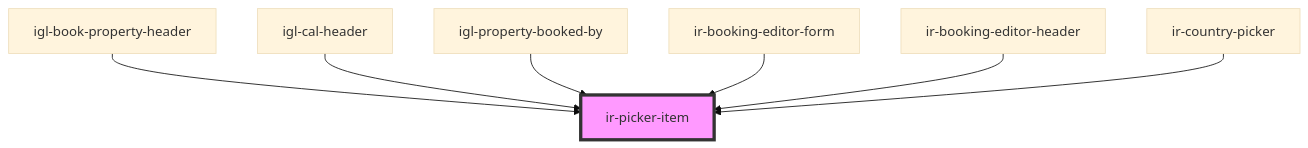
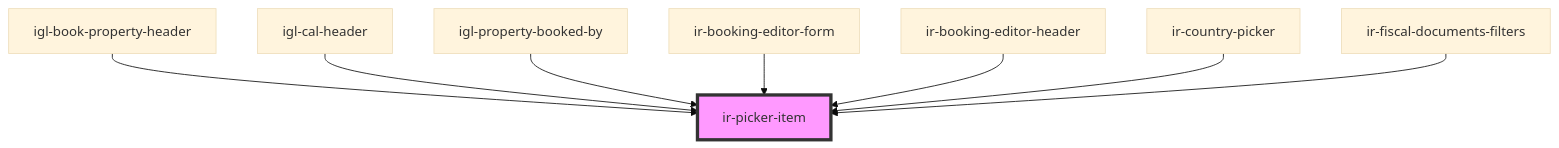
The diagram in src/components/ui/ir-picker/ir-picker-item/readme.md (RonyRizk/ir-webcmp), drawn with Mermaid (base theme) before and after one commit. The commit also changed other lines of this file and 586 other files, not shown here.

````diff
--- a/src/components/ui/ir-picker/ir-picker-item/readme.md
+++ b/src/components/ui/ir-picker/ir-picker-item/readme.md
@@ -39,10 +40,11 @@
 ```mermaid
 graph TD;
   igl-book-property-header --> ir-picker-item
   igl-cal-header --> ir-picker-item
   igl-property-booked-by --> ir-picker-item
   ir-booking-editor-form --> ir-picker-item
   ir-booking-editor-header --> ir-picker-item
   ir-country-picker --> ir-picker-item
+  ir-fiscal-documents-filters --> ir-picker-item
   style ir-picker-item fill:#f9f,stroke:#333,stroke-width:4px
 ```
````
